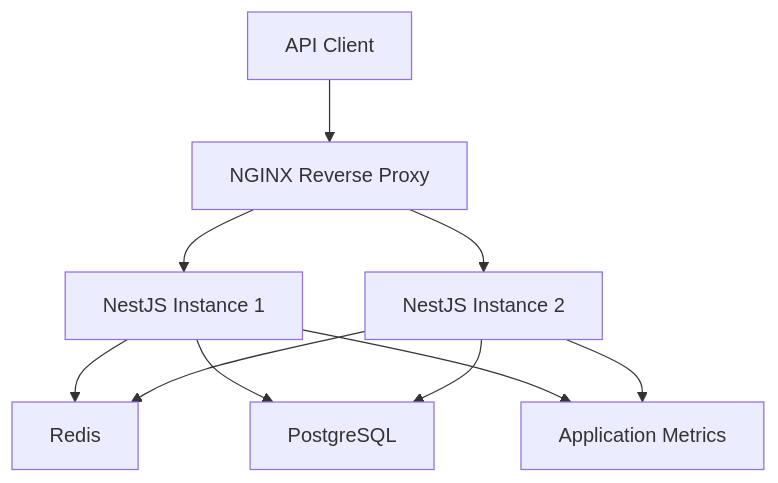
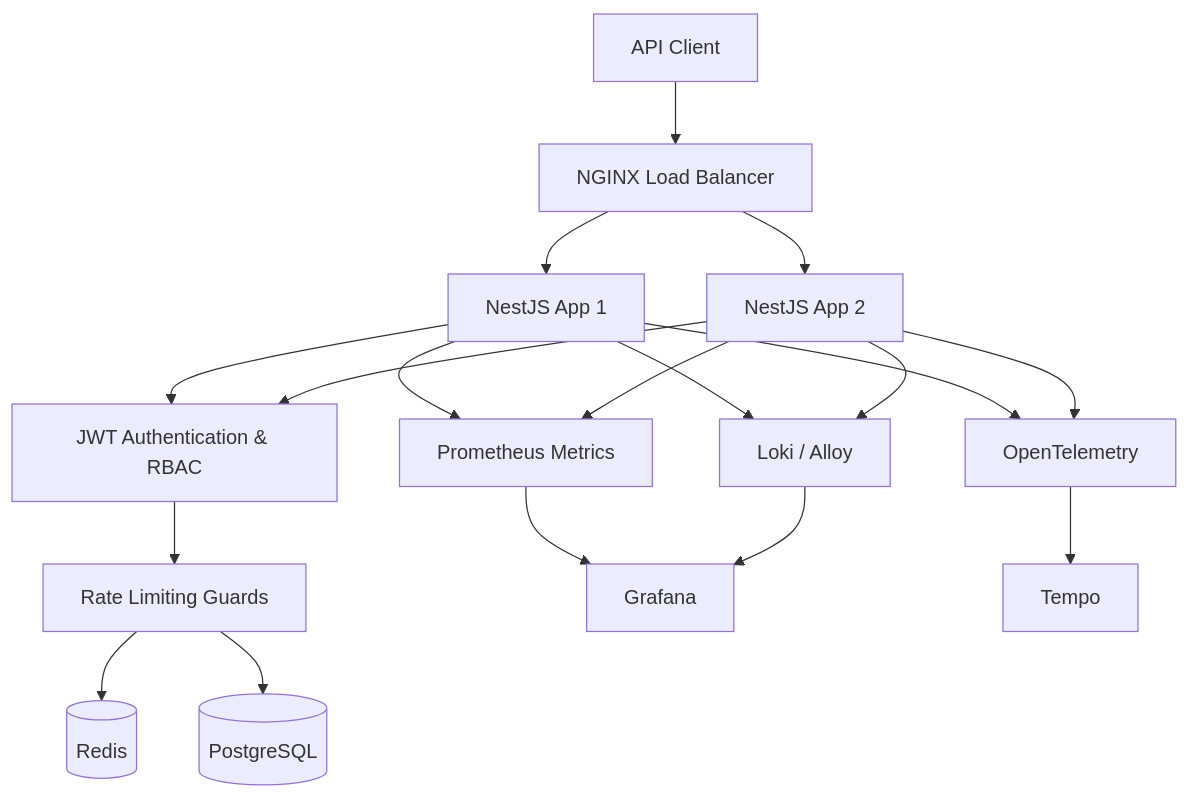
Before and after one commit to Adit-Sawant/api-security-gateway: the diagram in README.md, drawn with Mermaid. The commit also changed other lines of this file, not shown here.

````diff
--- a/README.md
+++ b/README.md
@@ -9,15 +28,28 @@
 ```mermaid
-flowchart TD
-    A[API Client] --> B[NGINX Reverse Proxy]
-    B --> C[NestJS Instance 1]
-    B --> D[NestJS Instance 2]
+flowchart TB
+    Client[API Client] --> NGINX[NGINX Load Balancer]
 
-    C --> E[Redis]
-    D --> E
+    NGINX --> APP1[NestJS App 1]
+    NGINX --> APP2[NestJS App 2]
 
-    C --> F[PostgreSQL]
-    D --> F
+    APP1 --> AUTH[JWT Authentication & RBAC]
+    APP2 --> AUTH
 
-    C --> G[Application Metrics]
-    D --> G
+    AUTH --> RATE[Rate Limiting Guards]
+
+    RATE --> REDIS[(Redis)]
+    RATE --> DB[(PostgreSQL)]
+
+    APP1 --> METRICS[Prometheus Metrics]
+    APP2 --> METRICS
+
+    APP1 --> LOGS[Loki / Alloy]
+    APP2 --> LOGS
+
+    APP1 --> TRACE[OpenTelemetry]
+    APP2 --> TRACE
+
+    METRICS --> GRAFANA[Grafana]
+    LOGS --> GRAFANA
+    TRACE --> TEMPO[Tempo]
 ```
````
